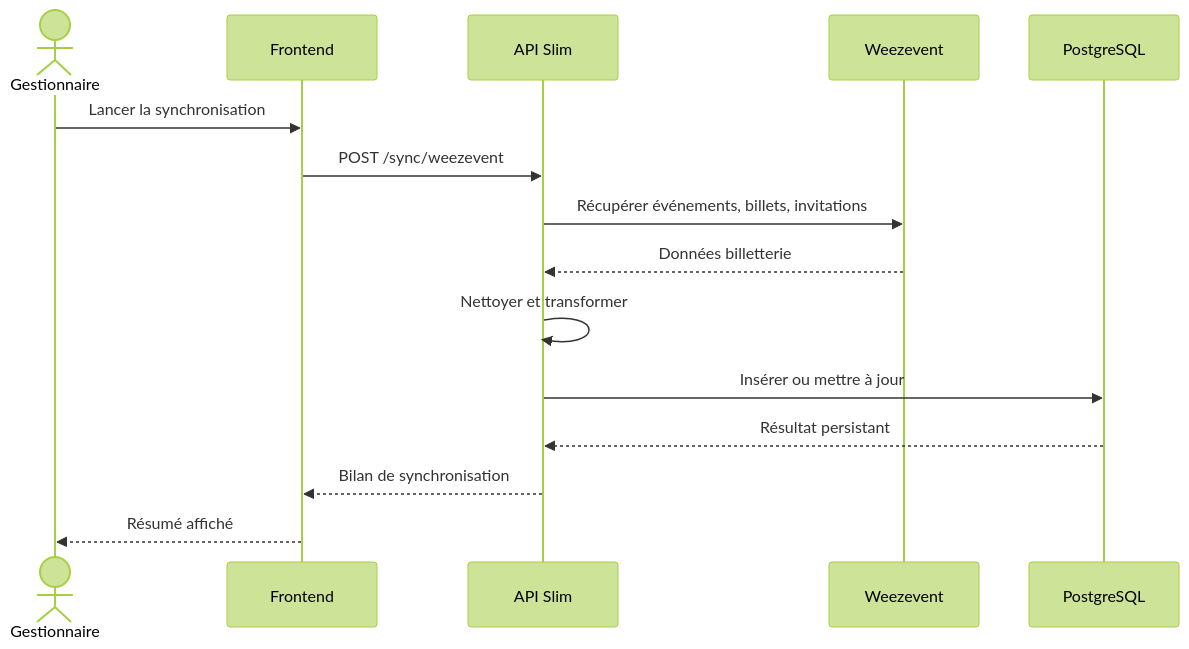
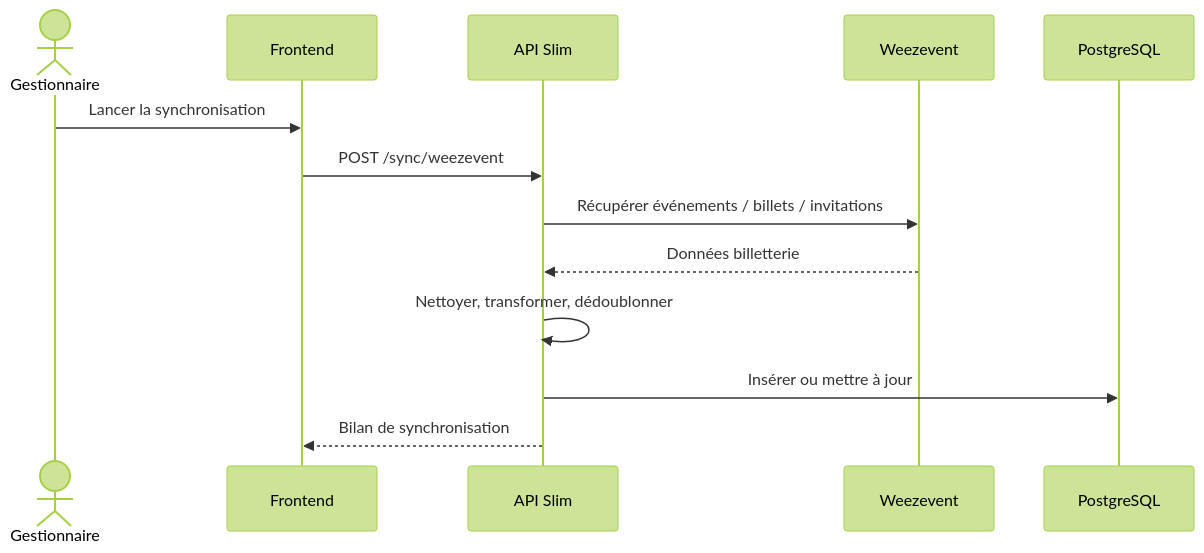
Before and after one commit to AstrowareConception/NiceVolleyBallDashboard: the third of 5 diagrams in 00-projet/diagrammes.md, drawn with Mermaid (forest theme). The commit also changed other lines of this file and 47 other files, not shown here.

````diff
--- a/00-projet/diagrammes.md
+++ b/00-projet/diagrammes.md
@@ -21,18 +29,16 @@
 ```mermaid
 sequenceDiagram
     actor Gestionnaire
     participant Front as Frontend
     participant API as API Slim
     participant W as Weezevent
     participant DB as PostgreSQL
 
     Gestionnaire->>Front: Lancer la synchronisation
     Front->>API: POST /sync/weezevent
-    API->>W: Récupérer événements, billets, invitations
+    API->>W: Récupérer événements / billets / invitations
     W-->>API: Données billetterie
-    API->>API: Nettoyer et transformer
+    API->>API: Nettoyer, transformer, dédoublonner
     API->>DB: Insérer ou mettre à jour
-    DB-->>API: Résultat persistant
     API-->>Front: Bilan de synchronisation
-    Front-->>Gestionnaire: Résumé affiché
 ```
````
